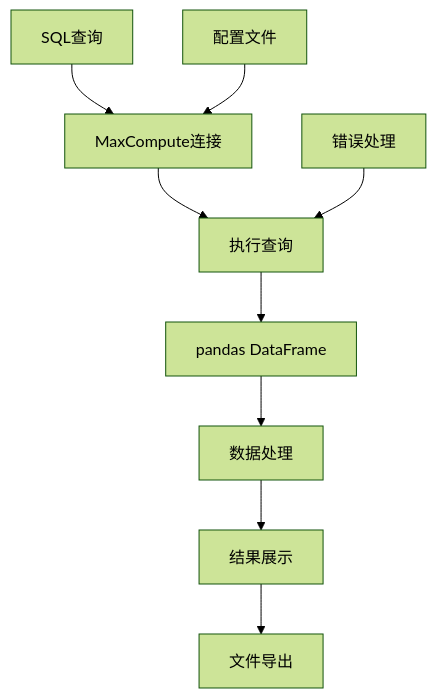
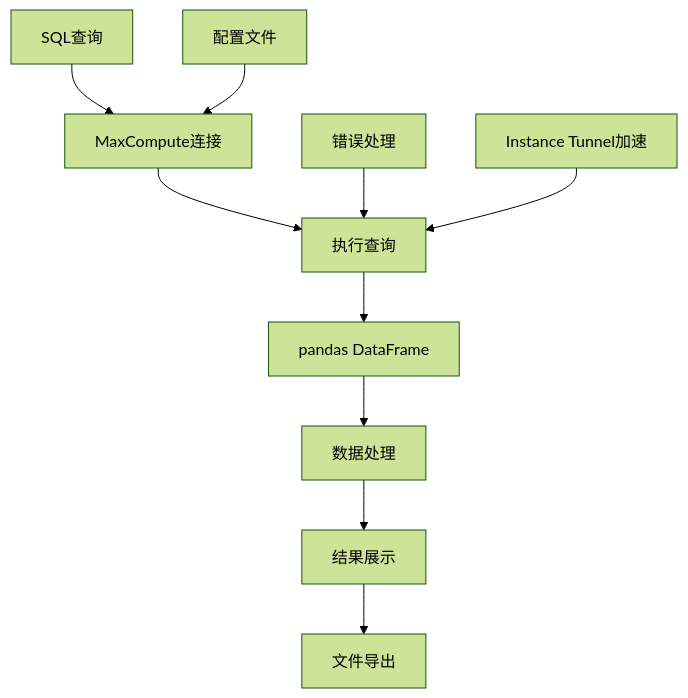
Before and after one commit to sd99886/test: the second of 10 diagrams in .qoder/repowiki/zh/content/Notebook使用指南.md, drawn with Mermaid (forest theme). The commit also changed other lines of this file and 195 other files, not shown here.

````diff
--- a/.qoder/repowiki/zh/content/Notebook使用指南.md
+++ b/.qoder/repowiki/zh/content/Notebook使用指南.md
@@ -87,11 +102,12 @@
 ```mermaid
 flowchart TD
 A[SQL查询] --> B[MaxCompute连接]
 B --> C[执行查询]
 C --> D[pandas DataFrame]
 D --> E[数据处理]
 E --> F[结果展示]
 F --> G[文件导出]
 H[配置文件] --> B
 I[错误处理] --> C
+J[Instance Tunnel加速] --> C
 ```
````
